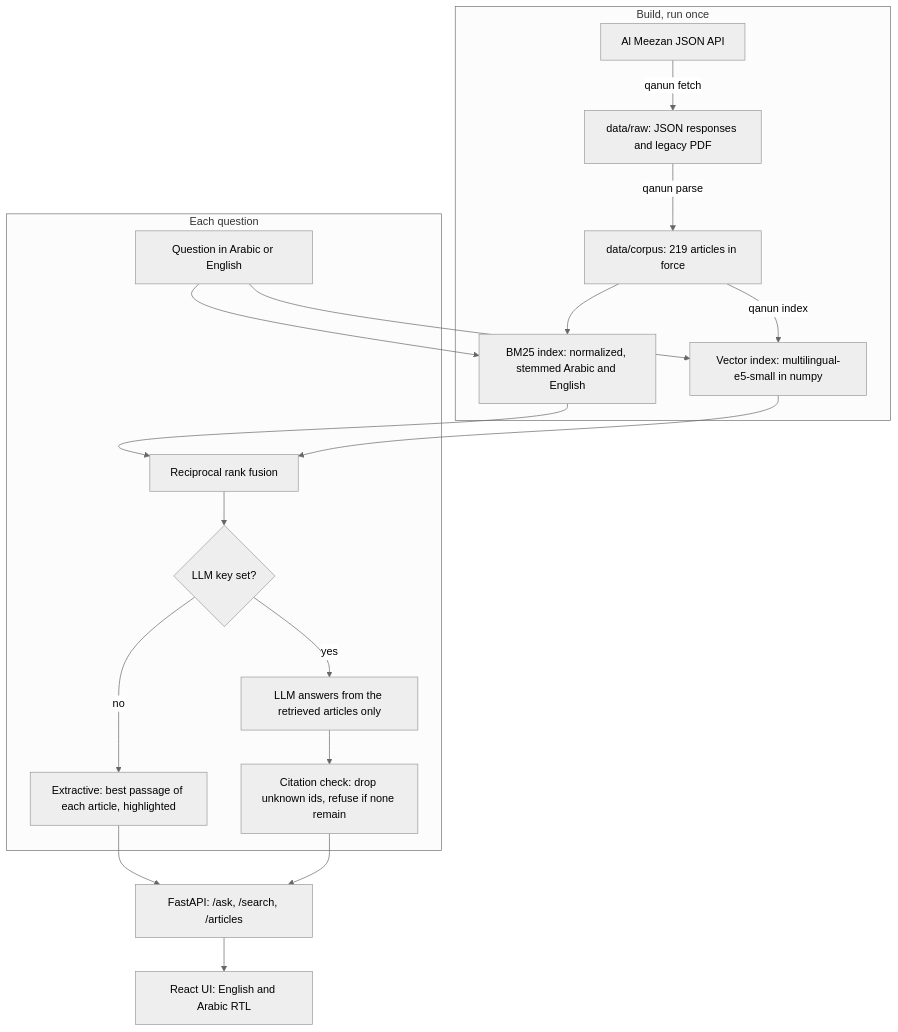
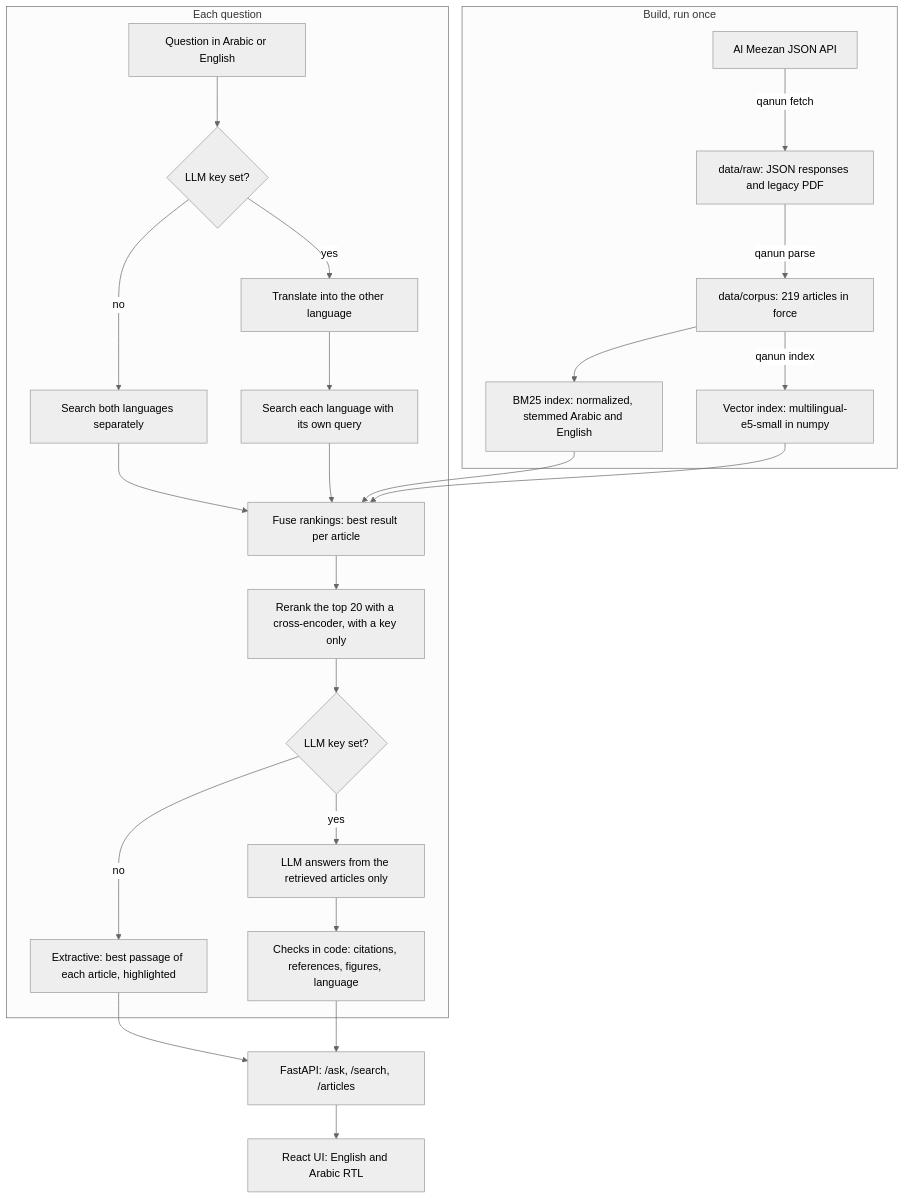
The diagram in README.md (Ifazawezk/qanun), drawn with Mermaid (neutral theme) before and after one commit. The commit also changed other lines of this file and 2 other files, not shown here.

````diff
--- a/README.md
+++ b/README.md
@@ -112,22 +135,27 @@
 ```mermaid
 flowchart TD
   subgraph build["Build, run once"]
     A["Al Meezan JSON API"] -->|qanun fetch| B["data/raw: JSON responses and legacy PDF"]
     B -->|qanun parse| C["data/corpus: 219 articles in force"]
     C --> D["BM25 index: normalized, stemmed Arabic and English"]
     C -->|qanun index| E["Vector index: multilingual-e5-small in numpy"]
   end
   subgraph ask["Each question"]
-    Q["Question in Arabic or English"] --> D
-    Q --> E
-    D --> F["Reciprocal rank fusion"]
+    Q["Question in Arabic or English"] --> T{"LLM key set?"}
+    T -->|yes| TR["Translate into the other language"]
+    T -->|no| S1["Search both languages separately"]
+    TR --> S2["Search each language with its own query"]
+    S1 --> F["Fuse rankings: best result per article"]
+    S2 --> F
+    D --> F
     E --> F
-    F --> G{"LLM key set?"}
+    F --> R["Rerank the top 20 with a cross-encoder, with a key only"]
+    R --> G{"LLM key set?"}
     G -->|no| H["Extractive: best passage of each article, highlighted"]
     G -->|yes| I["LLM answers from the retrieved articles only"]
-    I --> J["Citation check: drop unknown ids, refuse if none remain"]
+    I --> J["Checks in code: citations, references, figures, language"]
   end
   H --> K["FastAPI: /ask, /search, /articles"]
   J --> K
   K --> L["React UI: English and Arabic RTL"]
 ```
````
